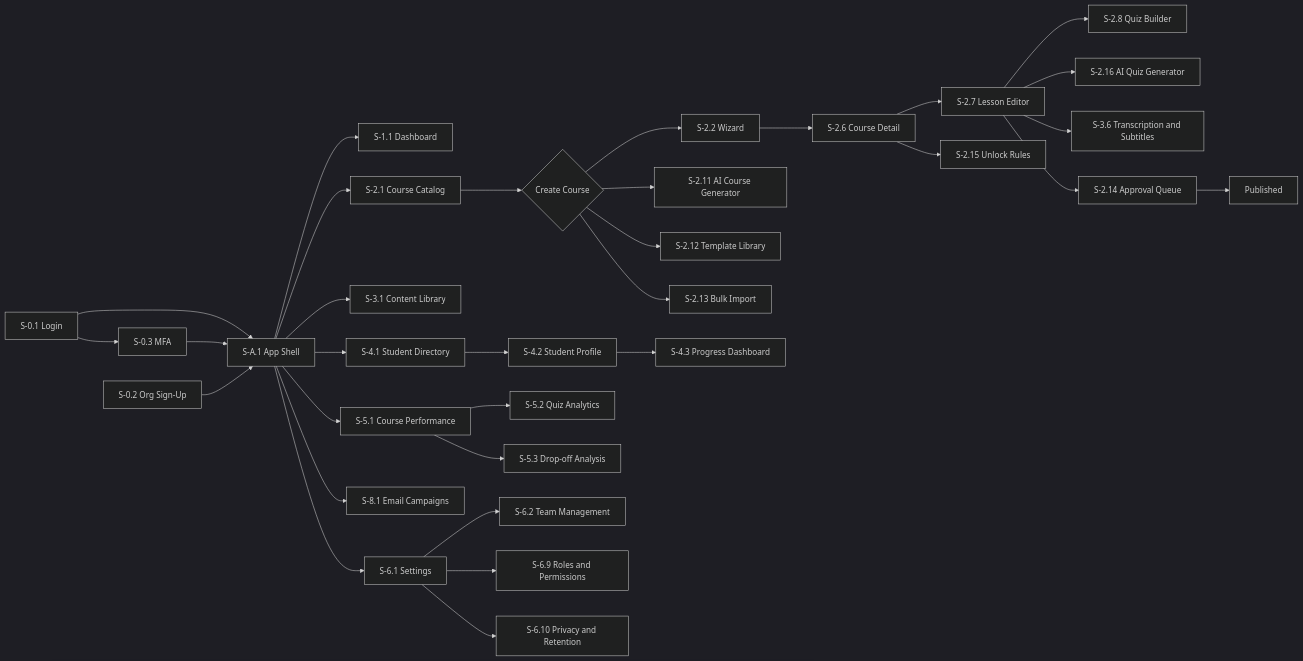
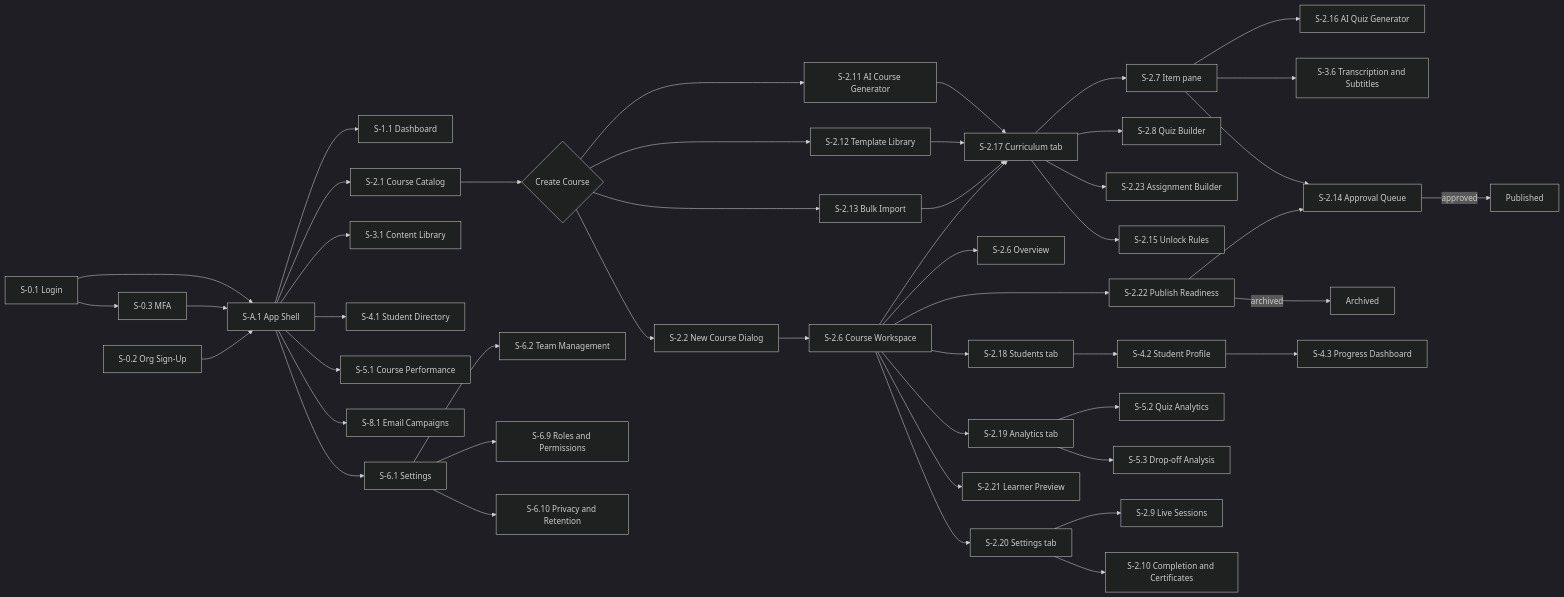
One commit to mortymith/Abugida-Backend changed the diagram in app/dashboard/spec /11-Global-Standards.md. Above: the diagram before and after it, drawn with Mermaid (dark theme). The commit also changed other lines of this file and 15 other files, not shown here.

First line of the commit message:
docs(dashboard): redesign course UX around a ClassroomIO-inspired course workspace

````diff
--- a/app/dashboard/spec /11-Global-Standards.md
+++ b/app/dashboard/spec /11-Global-Standards.md
@@ -169,34 +238,49 @@
 ```mermaid
 flowchart LR
     Login[S-0.1 Login] --> MFA[S-0.3 MFA]
     Login --> Shell[S-A.1 App Shell]
     MFA --> Shell
     SignUp[S-0.2 Org Sign-Up] --> Shell
     Shell --> Dash[S-1.1 Dashboard]
     Shell --> Courses[S-2.1 Course Catalog]
     Shell --> Library[S-3.1 Content Library]
     Shell --> Students[S-4.1 Student Directory]
     Shell --> Analytics[S-5.1 Course Performance]
     Shell --> Marketing[S-8.1 Email Campaigns]
     Shell --> Settings[S-6.1 Settings]
     Courses --> CreateMenu{Create Course}
-    CreateMenu --> Wizard[S-2.2 Wizard]
+    CreateMenu --> NewCourse[S-2.2 New Course Dialog]
     CreateMenu --> AICourse[S-2.11 AI Course Generator]
     CreateMenu --> Templates[S-2.12 Template Library]
     CreateMenu --> Bulk[S-2.13 Bulk Import]
-    Wizard --> Detail[S-2.6 Course Detail]
-    Detail --> Lesson[S-2.7 Lesson Editor]
-    Lesson --> Quiz[S-2.8 Quiz Builder]
-    Lesson --> AIQuiz[S-2.16 AI Quiz Generator]
-    Lesson --> Transcribe[S-3.6 Transcription and Subtitles]
-    Lesson --> Review[S-2.14 Approval Queue]
-    Review --> Publish[Published]
-    Detail --> Rules[S-2.15 Unlock Rules]
-    Students --> Profile[S-4.2 Student Profile]
+    NewCourse --> WS[S-2.6 Course Workspace]
+    AICourse --> Curric[S-2.17 Curriculum tab]
+    Templates --> Curric
+    Bulk --> Curric
+    WS --> Overview[S-2.6 Overview]
+    WS --> Curric
+    WS --> WStudents[S-2.18 Students tab]
+    WS --> WAnalytics[S-2.19 Analytics tab]
+    WS --> WSettings[S-2.20 Settings tab]
+    Curric --> Item[S-2.7 Item pane]
+    Curric --> Quiz[S-2.8 Quiz Builder]
+    Curric --> Assign[S-2.23 Assignment Builder]
+    Item --> AIQuiz[S-2.16 AI Quiz Generator]
+    Item --> Transcribe[S-3.6 Transcription and Subtitles]
+    Curric --> Rules[S-2.15 Unlock Rules]
+    WS --> Preview[S-2.21 Learner Preview]
+    WS --> Publish[S-2.22 Publish Readiness]
+    Item --> Submit[S-2.14 Approval Queue]
+    Publish --> Submit
+    Submit -->|approved| Live[Published]
+    Publish -->|archived| Archived[Archived]
+    WStudents --> Profile[S-4.2 Student Profile]
     Profile --> Progress[S-4.3 Progress Dashboard]
-    Analytics --> QuizA[S-5.2 Quiz Analytics]
-    Analytics --> DropOff[S-5.3 Drop-off Analysis]
+    WAnalytics --> QuizA[S-5.2 Quiz Analytics]
+    WAnalytics --> DropOff[S-5.3 Drop-off Analysis]
+    WSettings --> Sessions[S-2.9 Live Sessions]
+    WSettings --> Certs[S-2.10 Completion and Certificates]
     Settings --> Team[S-6.2 Team Management]
     Settings --> Roles[S-6.9 Roles and Permissions]
     Settings --> Privacy[S-6.10 Privacy and Retention]
 ```
````
